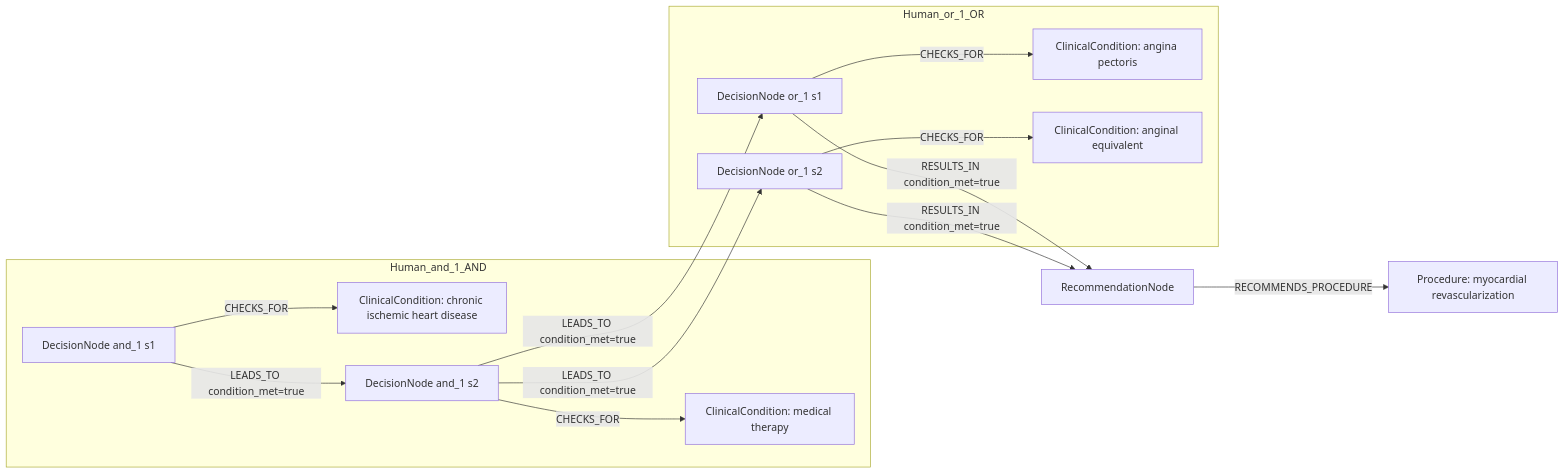
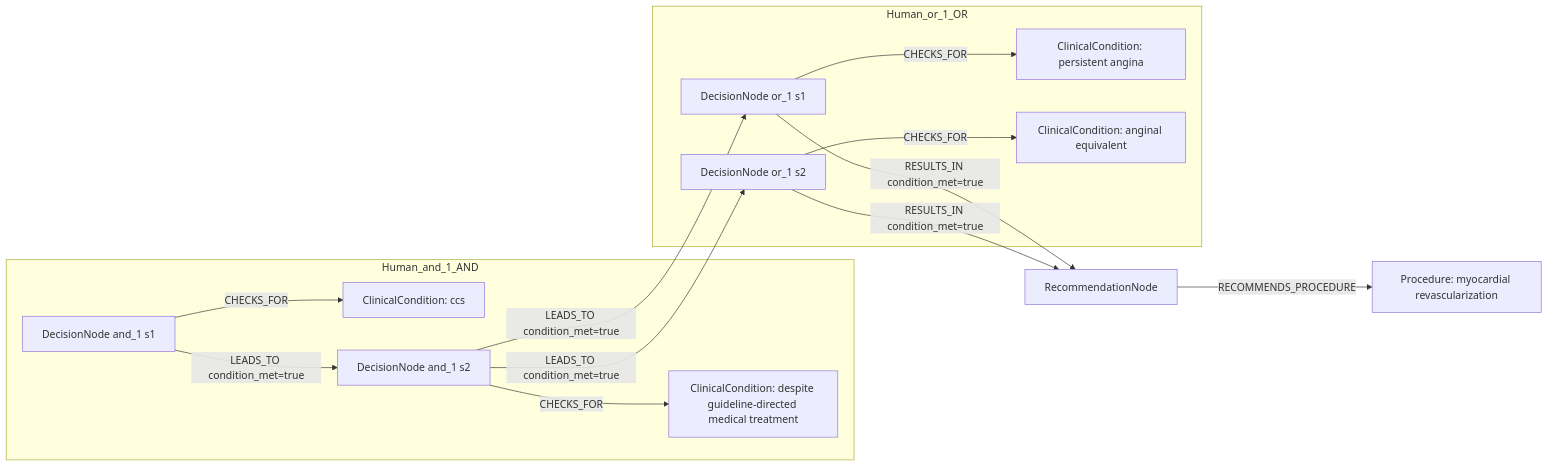
Before and after one commit to dieterich-lab/CardioGuidelinesGraph: the first of 2 diagrams in docs/table22_rows_comparison/row_12.md, drawn with Mermaid. The commit also changed other lines of this file and 20 other files, not shown here.

````diff
--- a/docs/table22_rows_comparison/row_12.md
+++ b/docs/table22_rows_comparison/row_12.md
@@ -241,27 +202,27 @@
 ```mermaid
 graph LR
   REC[RecommendationNode]
   ACT1[Procedure: myocardial revascularization]
   REC -->|RECOMMENDS_PROCEDURE| ACT1
   subgraph Human_and_1_AND
     D_and_1_1[DecisionNode and_1 s1]
-    C_and_1_1[ClinicalCondition: chronic ischemic heart disease]
+    C_and_1_1[ClinicalCondition: ccs]
     D_and_1_1 -->|CHECKS_FOR| C_and_1_1
     D_and_1_2[DecisionNode and_1 s2]
-    C_and_1_2[ClinicalCondition: medical therapy]
+    C_and_1_2[ClinicalCondition: despite guideline-directed medical treatment]
     D_and_1_2 -->|CHECKS_FOR| C_and_1_2
     D_and_1_1 -->|LEADS_TO condition_met=true| D_and_1_2
   end
   subgraph Human_or_1_OR
     D_or_1_1[DecisionNode or_1 s1]
-    C_or_1_1[ClinicalCondition: angina pectoris]
+    C_or_1_1[ClinicalCondition: persistent angina]
     D_or_1_1 -->|CHECKS_FOR| C_or_1_1
     D_or_1_2[DecisionNode or_1 s2]
     C_or_1_2[ClinicalCondition: anginal equivalent]
     D_or_1_2 -->|CHECKS_FOR| C_or_1_2
     D_and_1_2 -->|LEADS_TO condition_met=true| D_or_1_1
     D_and_1_2 -->|LEADS_TO condition_met=true| D_or_1_2
   end
   D_or_1_1 -->|RESULTS_IN condition_met=true| REC
   D_or_1_2 -->|RESULTS_IN condition_met=true| REC
 ```
````
